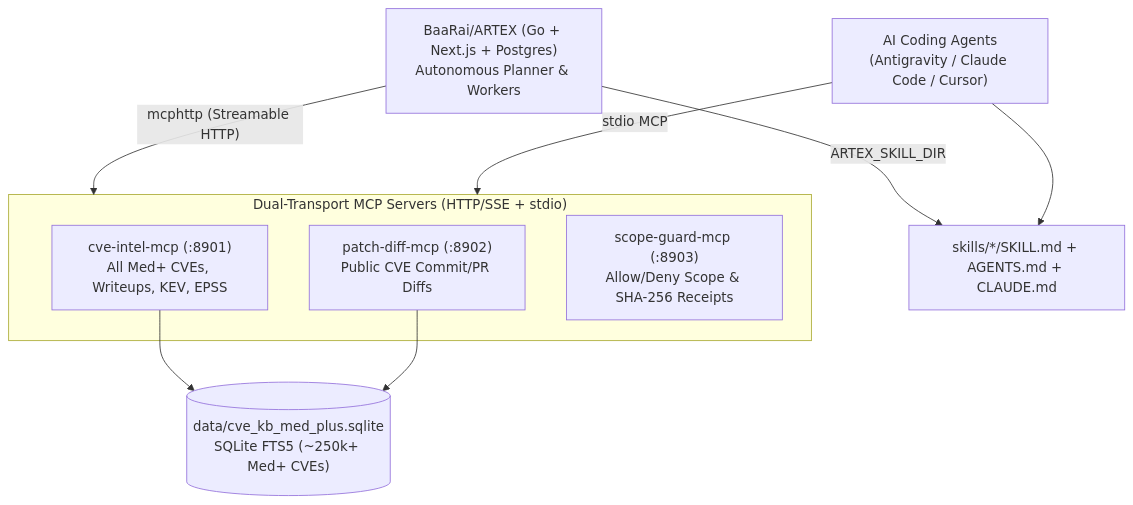
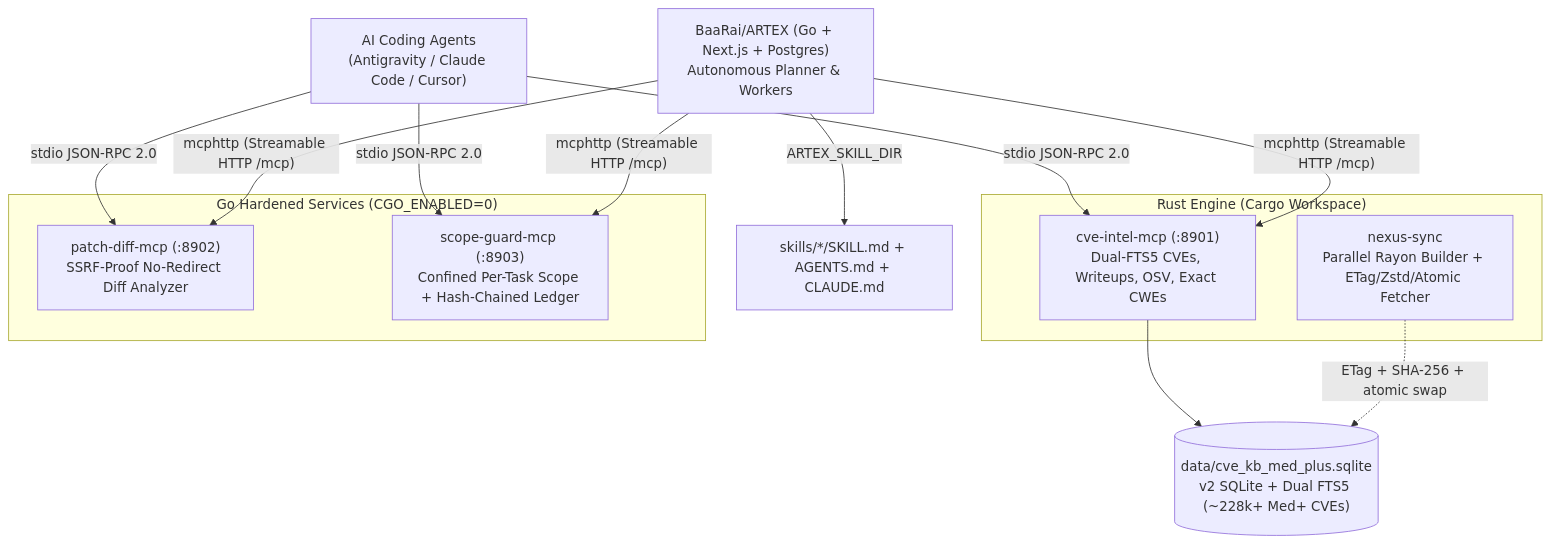
The diagram in README.md (blah-blah-cell/artex-nexus), drawn with Mermaid before and after one commit. The commit also changed other lines of this file and 39 other files, not shown here.

Commit message:
feat(v0.2): rewrite core in Rust + Go with OSV/GHSA writeups, SSRF-hardened diffing, hash-chained ledger, and ETag/atomic DB fetcher

````diff
--- a/README.md
+++ b/README.md
@@ -11,21 +11,28 @@
 ```mermaid
 flowchart TB
     ARTEX["BaaRai/ARTEX (Go + Next.js + Postgres)\nAutonomous Planner & Workers"]
     IDE["AI Coding Agents\n(Antigravity / Claude Code / Cursor)"]
 
-    subgraph MCPs["Dual-Transport MCP Servers (HTTP/SSE + stdio)"]
-        CVE["cve-intel-mcp (:8901)\nAll Med+ CVEs, Writeups, KEV, EPSS"]
-        PATCH["patch-diff-mcp (:8902)\nPublic CVE Commit/PR Diffs"]
-        SCOPE["scope-guard-mcp (:8903)\nAllow/Deny Scope & SHA-256 Receipts"]
+    subgraph Rust["Rust Engine (Cargo Workspace)"]
+        SYNC["nexus-sync\nParallel Rayon Builder + ETag/Zstd/Atomic Fetcher"]
+        CVE["cve-intel-mcp (:8901)\nDual-FTS5 CVEs, Writeups, OSV, Exact CWEs"]
     end
 
-    DB[("data/cve_kb_med_plus.sqlite\nSQLite FTS5 (~250k+ Med+ CVEs)")]
+    subgraph Go["Go Hardened Services (CGO_ENABLED=0)"]
+        PATCH["patch-diff-mcp (:8902)\nSSRF-Proof No-Redirect Diff Analyzer"]
+        SCOPE["scope-guard-mcp (:8903)\nConfined Per-Task Scope + Hash-Chained Ledger"]
+    end
+
+    DB[("data/cve_kb_med_plus.sqlite\nv2 SQLite + Dual FTS5 (~228k+ Med+ CVEs)")]
     SKILLS["skills/*/SKILL.md + AGENTS.md + CLAUDE.md"]
 
-    ARTEX -- "mcphttp (Streamable HTTP)" --> MCPs
+    SYNC -. "ETag + SHA-256 + atomic swap" .-> DB
+    ARTEX -- "mcphttp (Streamable HTTP /mcp)" --> CVE
+    ARTEX -- "mcphttp (Streamable HTTP /mcp)" --> PATCH
+    ARTEX -- "mcphttp (Streamable HTTP /mcp)" --> SCOPE
     ARTEX -- "ARTEX_SKILL_DIR" --> SKILLS
-    IDE -- "stdio MCP" --> MCPs
-    IDE --> SKILLS
+    IDE -- "stdio JSON-RPC 2.0" --> CVE
+    IDE -- "stdio JSON-RPC 2.0" --> PATCH
+    IDE -- "stdio JSON-RPC 2.0" --> SCOPE
     CVE --> DB
-    PATCH --> DB
 ```
````
